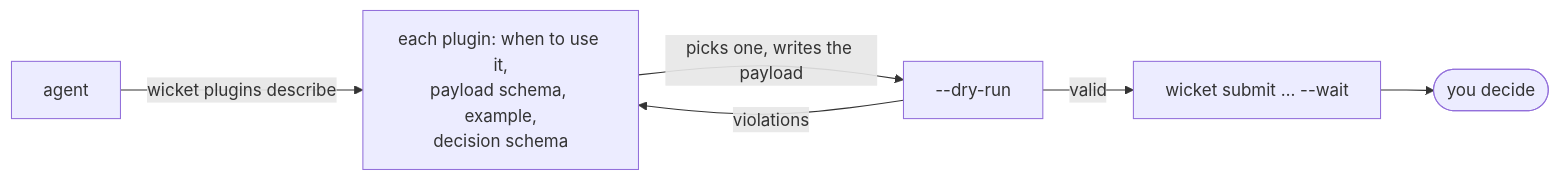
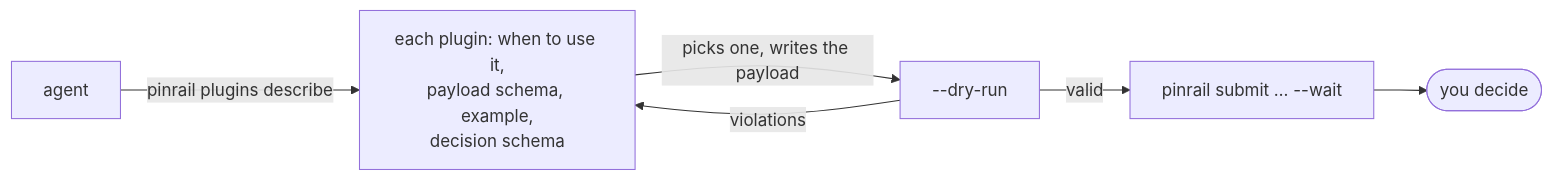
The second of 2 diagrams in docs/concepts/plugins.md (forgeplane/pinrail), drawn with Mermaid before and after one commit. The commit also changed other lines of this file and 248 other files, not shown here.

Commit message:
Rename Wicket to Pinrail

````diff
--- a/docs/concepts/plugins.md
+++ b/docs/concepts/plugins.md
@@ -43,8 +43,8 @@
 ```mermaid title="From an unknown set of plugins to a review in the inbox"
 flowchart LR
-  A["agent"] -->|"wicket plugins describe"| D["each plugin: when to use it,<br/>payload schema, example,<br/>decision schema"]
+  A["agent"] -->|"pinrail plugins describe"| D["each plugin: when to use it,<br/>payload schema, example,<br/>decision schema"]
   D -->|"picks one, writes the payload"| C["--dry-run"]
   C -->|"violations"| D
-  C -->|"valid"| S["wicket submit … --wait"]
+  C -->|"valid"| S["pinrail submit … --wait"]
   S --> Y(["you decide"]):::you
 ```
````
